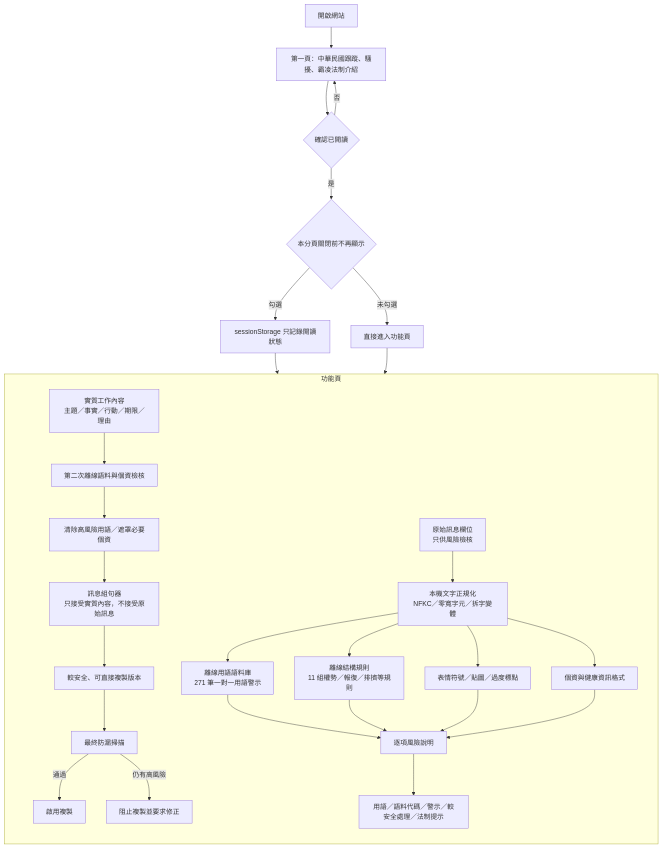
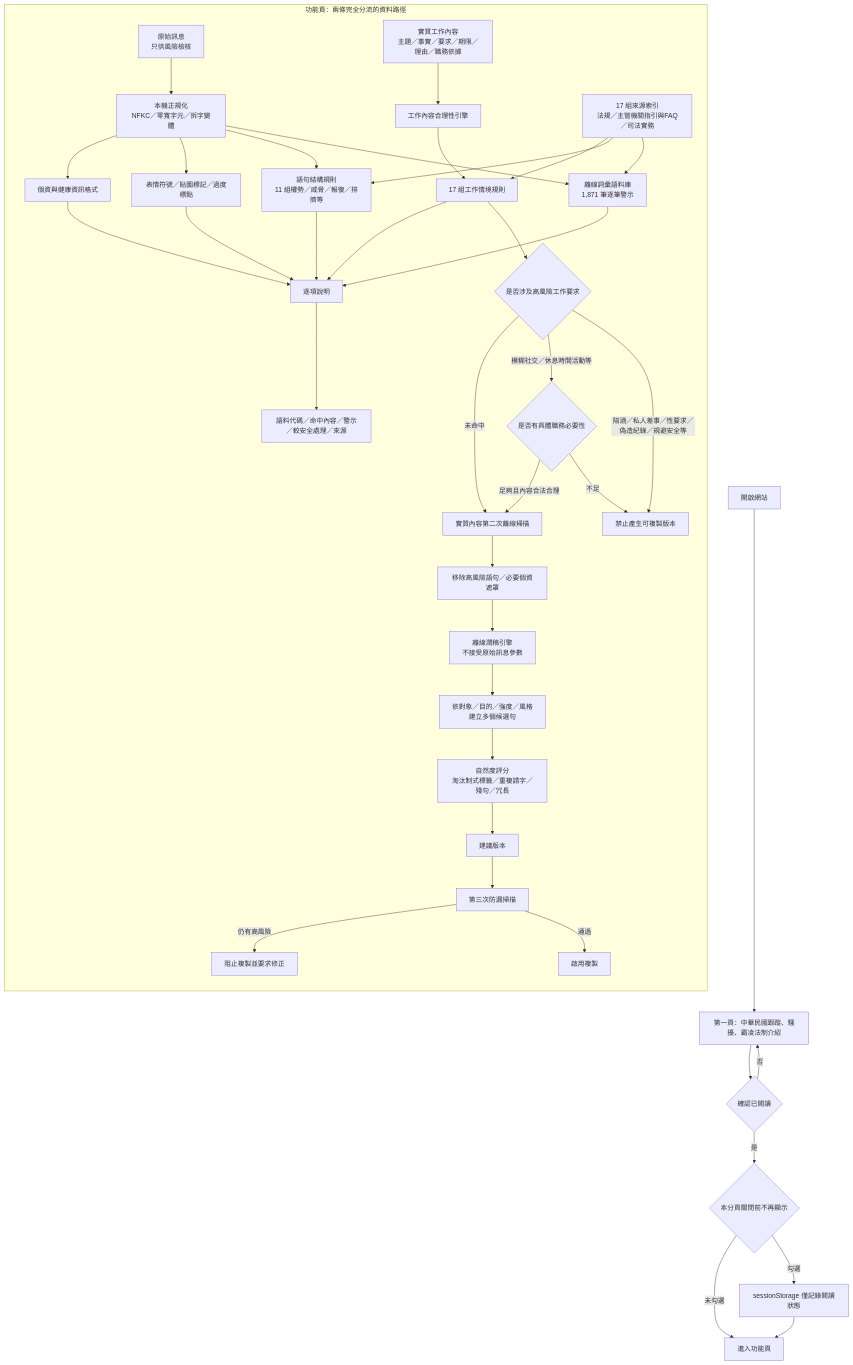
One commit to cat-cookies/respectful-message-guard changed the diagram in ARCHITECTURE.md. Above: the diagram before and after it, drawn with Mermaid. The commit also changed other lines of this file and 13 other files, not shown here.

````diff
--- a/ARCHITECTURE.md
+++ b/ARCHITECTURE.md
@@ -6,34 +7,47 @@
 ```mermaid
 flowchart TD
     A[開啟網站] --> B[第一頁：中華民國跟蹤、騷擾、霸凌法制介紹]
     B --> C{確認已閱讀}
     C -- 否 --> B
     C -- 是 --> D{本分頁關閉前不再顯示}
-    D -->|勾選| E[sessionStorage 只記錄閱讀狀態]
-    D -->|未勾選| F[直接進入功能頁]
-    E --> G
-    F --> G
+    D -->|勾選| E[sessionStorage 僅記錄閱讀狀態]
+    D -->|未勾選| F[進入功能頁]
+    E --> F
 
-    subgraph G[功能頁]
+    subgraph P[功能頁：兩條完全分流的資料路徑]
         direction TB
-        R[原始訊息欄位\n只供風險檢核] --> N[本機文字正規化\nNFKC／零寬字元／拆字變體]
-        N --> C1[離線用語語料庫\n271 筆一對一用語警示]
-        N --> C2[離線結構規則\n11 組權勢／報復／排擠等規則]
-        N --> C3[表情符號／貼圖／過度標點]
-        N --> C4[個資與健康資訊格式]
+        R[原始訊息\n只供風險檢核] --> N[本機正規化\nNFKC／零寬字元／拆字變體]
+        N --> L1[離線詞彙語料庫\n1,871 筆逐筆警示]
+        N --> L2[語句結構規則\n11 組權勢／威脅／報復／排擠等]
+        N --> L3[表情符號／貼圖標記／過度標點]
+        N --> L4[個資與健康資訊格式]
 
-        S[實質工作內容\n主題／事實／行動／期限／理由] --> S1[第二次離線語料與個資檢核]
-        S1 --> S2[清除高風險用語／遮罩必要個資]
-        S2 --> M[訊息組句器\n只接受實質內容，不接受原始訊息]
-        M --> O[較安全、可直接複製版本]
-        O --> F2[最終防漏掃描]
-        F2 -->|通過| COPY[啟用複製]
-        F2 -->|仍有高風險| BLOCK[阻止複製並要求修正]
+        S[實質工作內容\n主題／事實／要求／期限／理由／職務依據] --> W1[工作內容合理性引擎]
+        W1 --> W2[17 組工作情境規則]
+        W2 --> W3{是否涉及高風險工作要求}
+        W3 -->|陪酒／私人差事／性要求／偽造紀錄／規避安全等| BLOCK1[禁止產生可複製版本]
+        W3 -->|模糊社交／休息時間活動等| BASIS{是否有具體職務必要性}
+        BASIS -->|不足| BLOCK1
+        BASIS -->|足夠且內容合法合理| S2[實質內容第二次離線掃描]
+        W3 -->|未命中| S2
 
-        C1 --> W[逐項風險說明]
-        C2 --> W
-        C3 --> W
-        C4 --> W
-        W --> NOTE[用語／語料代碼／警示／較安全處理／法制提示]
+        S2 --> CLEAN[移除高風險語句／必要個資遮罩]
+        CLEAN --> RW[離線潤稿引擎\n不接受原始訊息參數]
+        RW --> CAND[依對象／目的／強度／風格\n建立多個候選句]
+        CAND --> RANK[自然度評分\n淘汰制式標籤／重複請字／殘句／冗長]
+        RANK --> O[建議版本]
+        O --> FINAL[第三次防漏掃描]
+        FINAL -->|通過| COPY[啟用複製]
+        FINAL -->|仍有高風險| BLOCK2[阻止複製並要求修正]
+
+        L1 --> NOTE[逐項說明]
+        L2 --> NOTE
+        L3 --> NOTE
+        L4 --> NOTE
+        W2 --> NOTE
+        SRC[17 組來源索引\n法規／主管機關指引與FAQ／司法實務] --> L1
+        SRC --> L2
+        SRC --> W2
+        NOTE --> EVIDENCE[語料代碼／命中內容／警示／較安全處理／來源]
     end
 ```
````
